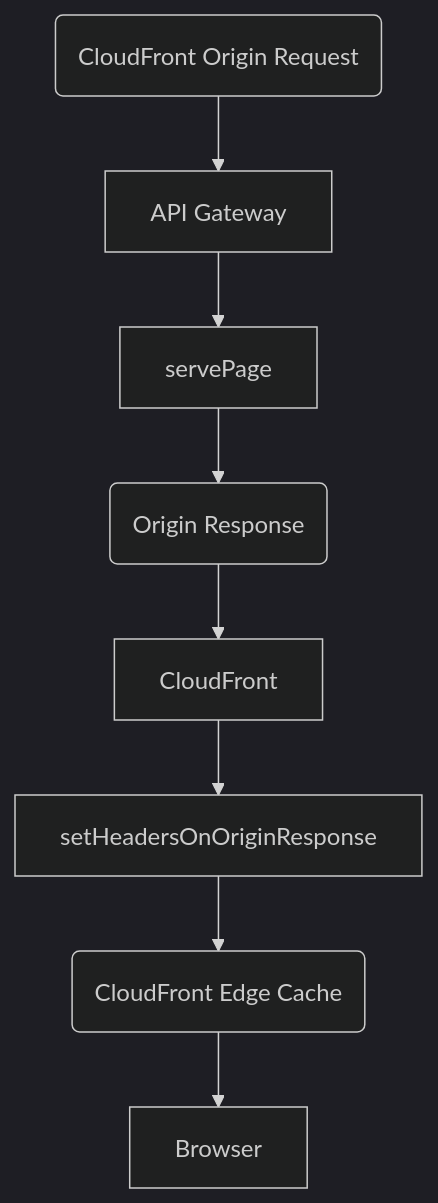
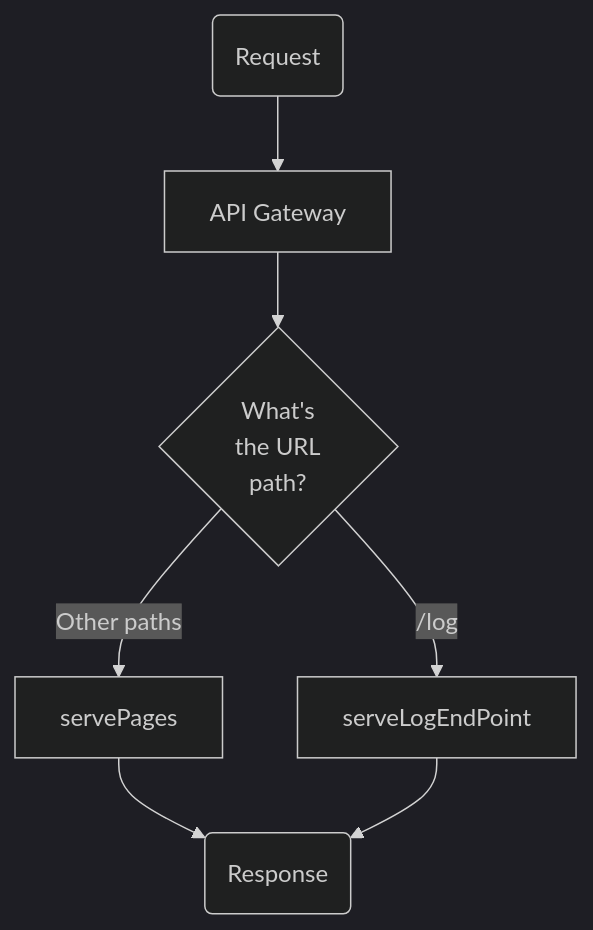
The diagram in originServer/originServer.md (hollowverse-archive/architecture), drawn with Mermaid (dark theme) before and after one commit.

Commit message:
I don't think the request has to come from CloudFront. The Origin Server can receive a request from any thing. So I renamed "CloudFront Origin Request" to just "Request".
I added the "What's the URL path?" decision shape to the flow chart, and added the different Lambdas based on that decision.

````diff
--- a/originServer/originServer.md
+++ b/originServer/originServer.md
@@ -3,10 +3,9 @@
 ```mermaid
 graph TD
-  request(CloudFront Origin Request) --> apiGateway[API Gateway]
-  apiGateway --> servePage
-  servePage --> response(Origin Response)
-  response --> CloudFront
-  CloudFront --> setHeadersOnOriginResponse
-  setHeadersOnOriginResponse --> cfEdgeCache(CloudFront Edge Cache)
-  cfEdgeCache --> Browser
+  request(Request) --> apiGateway[API Gateway]
+  apiGateway --> whichUrlPath{What's<br>the URL<br>path?}
+  whichUrlPath --> |/log| serveLogEndPoint
+  whichUrlPath --> |Other paths| servePages
+  servePages --> response(Response)
+  serveLogEndPoint --> response
 ```
````
